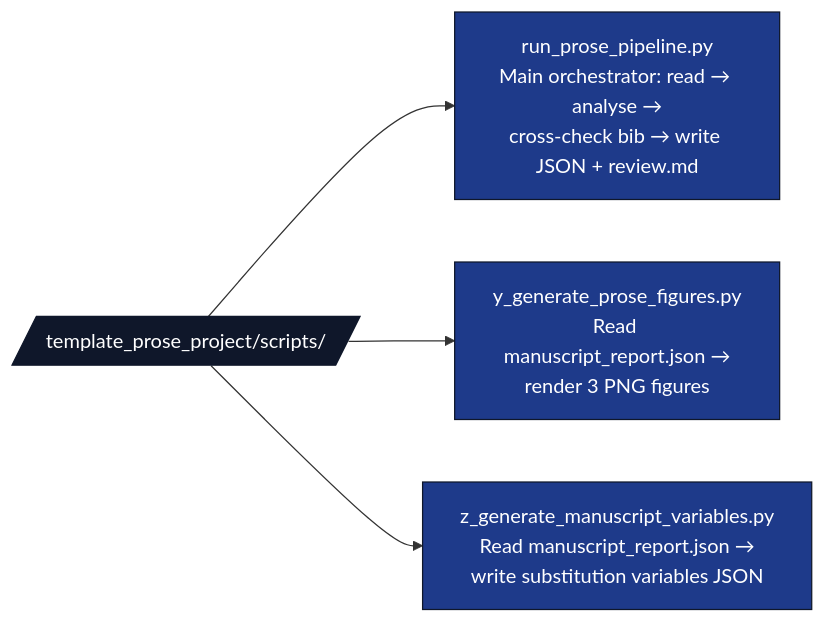
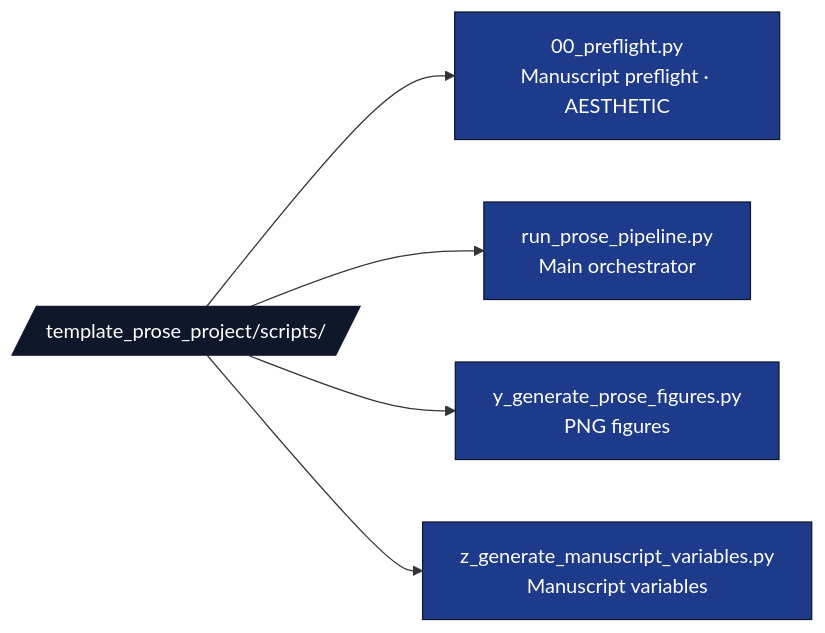
The diagram in projects/template_prose_project/scripts/AGENTS.md (docxology/template), drawn with Mermaid before and after one commit. The commit also changed other lines of this file and 128 other files, not shown here.

````diff
--- a/projects/template_prose_project/scripts/AGENTS.md
+++ b/projects/template_prose_project/scripts/AGENTS.md
@@ -8,12 +15,13 @@
 ```mermaid
 flowchart LR
     SC[/template_prose_project/scripts//]
-    SC --> S1[run_prose_pipeline.py<br/>Main orchestrator: read → analyse →<br/>cross-check bib → write JSON + review.md]
-    SC --> S2[y_generate_prose_figures.py<br/>Read manuscript_report.json →<br/>render 3 PNG figures]
-    SC --> S3[z_generate_manuscript_variables.py<br/>Read manuscript_report.json →<br/>write substitution variables JSON]
+    SC --> S0[00_preflight.py<br/>Manuscript preflight · AESTHETIC]
+    SC --> S1[run_prose_pipeline.py<br/>Main orchestrator]
+    SC --> S2[y_generate_prose_figures.py<br/>PNG figures]
+    SC --> S3[z_generate_manuscript_variables.py<br/>Manuscript variables]
 
     classDef d fill:#0f172a,stroke:#0f172a,color:#fff
     classDef code fill:#1e3a8a,stroke:#0f172a,color:#fff
     class SC d
-    class S1,S2,S3 code
+    class S0,S1,S2,S3 code
 ```
````
